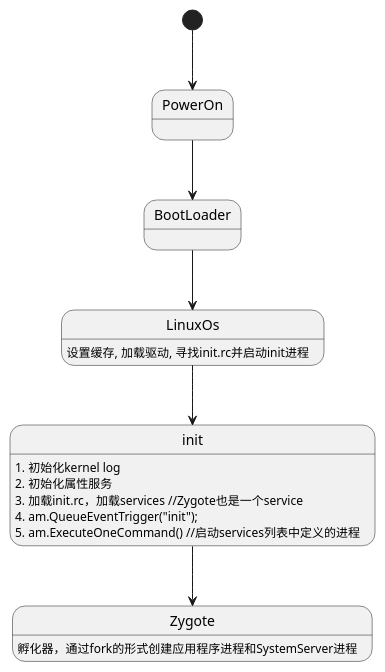
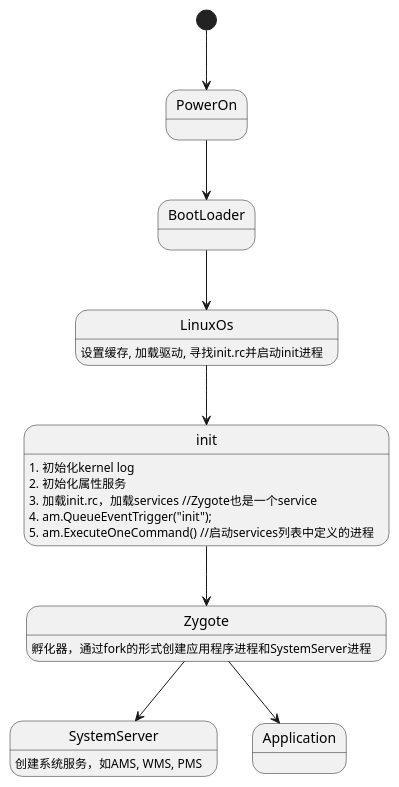
One commit to LeiFeiyang/LearnAndroidSource changed the diagram in Android_System_init/overview.wsd. Above: the diagram before and after it, drawn with PlantUML. The commit also changed 2 other files, not shown here.

Commit message:
start system server

```diff
--- a/Android_System_init/overview.wsd
+++ b/Android_System_init/overview.wsd
@@ -1,18 +1,20 @@
 @startuml
 
 [*] --> PowerOn
 PowerOn --> BootLoader
 BootLoader --> LinuxOs
 LinuxOs --> init
 init --> Zygote
+Zygote --> SystemServer
+Zygote --> Application
 
 
 LinuxOs: 设置缓存, 加载驱动, 寻找init.rc并启动init进程
 init: 1. 初始化kernel log
 init: 2. 初始化属性服务
 init: 3. 加载init.rc，加载services //Zygote也是一个service
 init: 4. am.QueueEventTrigger("init");  
 init: 5. am.ExecuteOneCommand() //启动services列表中定义的进程
 Zygote: 孵化器，通过fork的形式创建应用程序进程和SystemServer进程
-
+SystemServer: 创建系统服务，如AMS, WMS, PMS 
 @enduml
```
